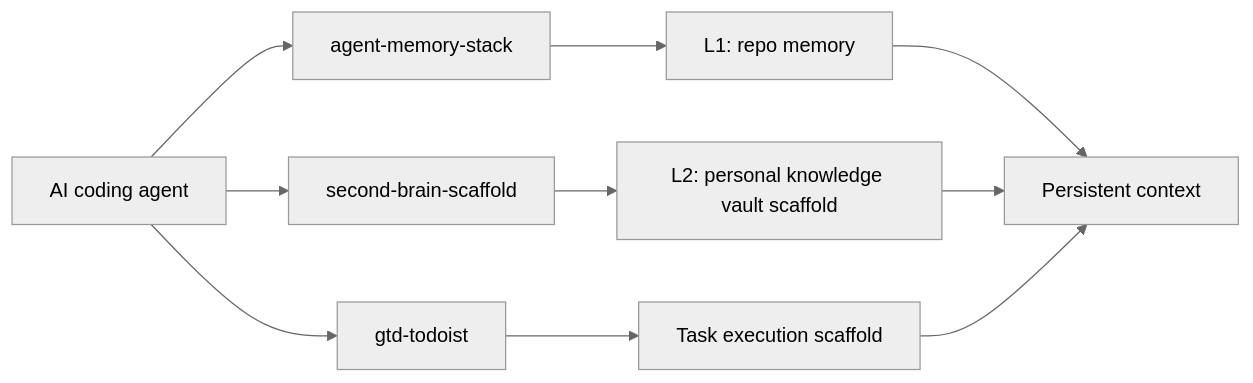
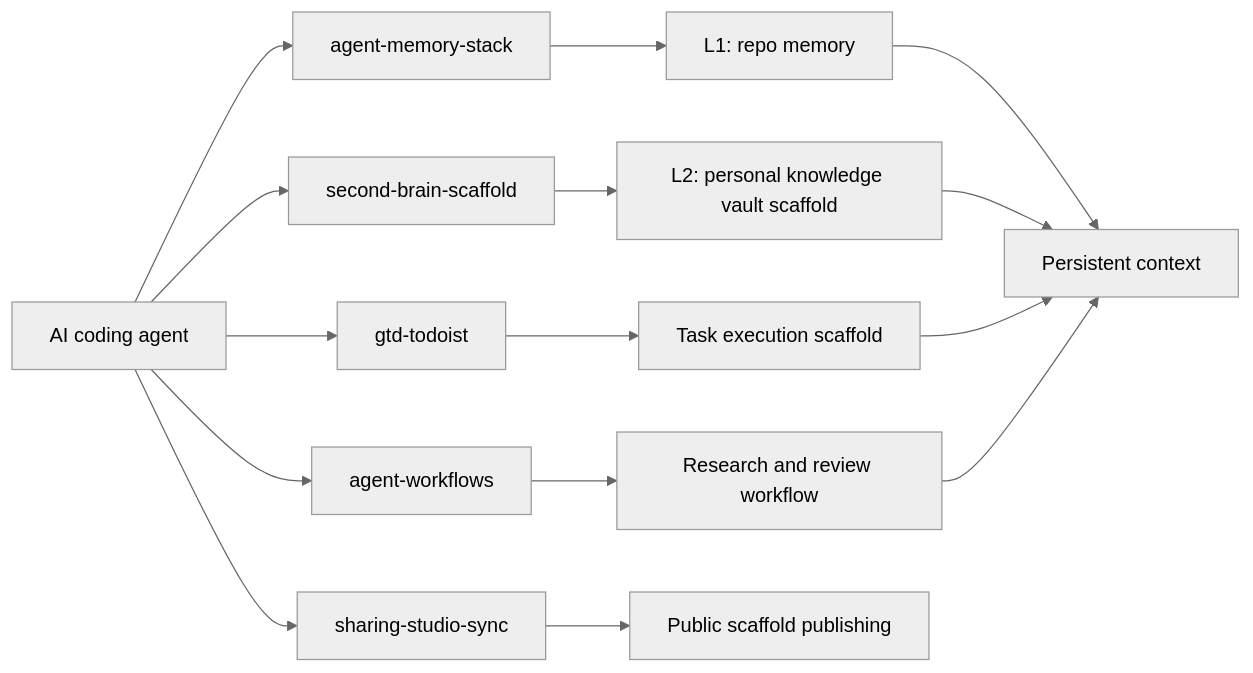
One commit to kevinlasnh/sharing-studio changed the diagram in README.md. Above: the diagram before and after it, drawn with Mermaid (neutral theme). The commit also changed other lines of this file and 44 other files, not shown here.

Commit message:
Update sharing-studio scaffolds

````diff
--- a/README.md
+++ b/README.md
@@ -25,14 +27,19 @@
 ```mermaid
 flowchart LR
   A[AI coding agent] --> B[agent-memory-stack]
   A --> C[second-brain-scaffold]
   A --> D[gtd-todoist]
+  A --> F[agent-workflows]
+  A --> G[sharing-studio-sync]
 
   B --> B1[L1: repo memory]
   C --> C1[L2: personal knowledge vault scaffold]
   D --> D1[Task execution scaffold]
+  F --> F1[Research and review workflow]
+  G --> G1[Public scaffold publishing]
 
   B1 --> E[Persistent context]
   C1 --> E
   D1 --> E
+  F1 --> E
 ```
````
